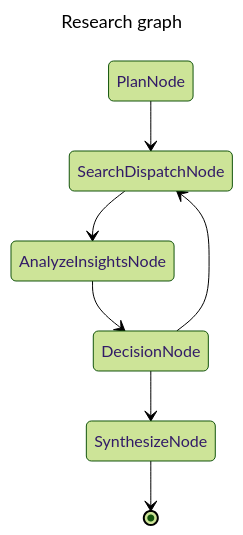
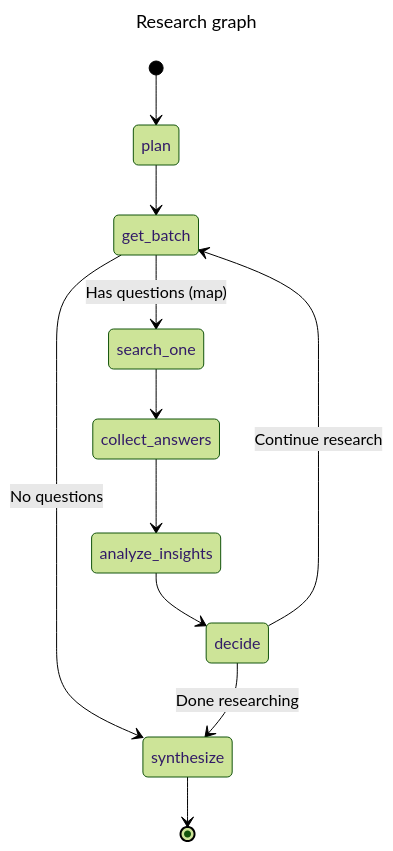
The second of 2 diagrams in docs/agents.md (ggozad/haiku.rag), drawn with Mermaid (forest theme) before and after one commit. The commit also changed other lines of this file, not shown here.

````diff
--- a/docs/agents.md
+++ b/docs/agents.md
@@ -121,12 +132,16 @@
 ```mermaid
 ---
 title: Research graph
 ---
 stateDiagram-v2
-  PlanNode --> SearchDispatchNode
-  SearchDispatchNode --> AnalyzeInsightsNode
-  AnalyzeInsightsNode --> DecisionNode
-  DecisionNode --> SearchDispatchNode
-  DecisionNode --> SynthesizeNode
-  SynthesizeNode --> [*]
+  [*] --> plan
+  plan --> get_batch
+  get_batch --> search_one: Has questions (map)
+  get_batch --> synthesize: No questions
+  search_one --> collect_answers
+  collect_answers --> analyze_insights
+  analyze_insights --> decide
+  decide --> get_batch: Continue research
+  decide --> synthesize: Done researching
+  synthesize --> [*]
 ```
````
